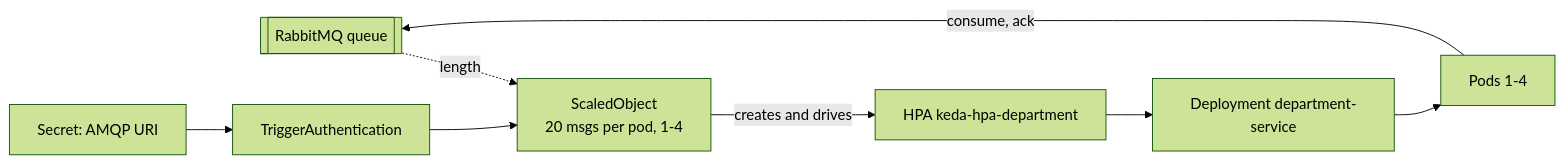
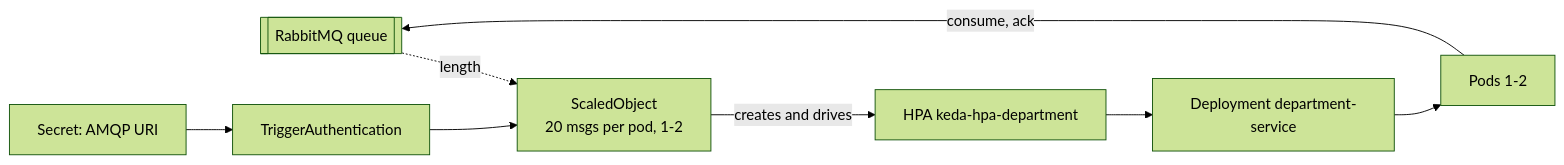
One commit to UchihaIthachi/EMS changed the seventh of 10 diagrams in docs/design.md. Above: the diagram before and after it, drawn with Mermaid (forest theme). The commit also changed other lines of this file and 3 other files, not shown here.

````diff
--- a/docs/design.md
+++ b/docs/design.md
@@ -242,10 +242,10 @@
 ```mermaid
 flowchart LR
-  q[[RabbitMQ queue]] -. length .-> so[ScaledObject<br/>20 msgs per pod, 1-4]
+  q[[RabbitMQ queue]] -. length .-> so[ScaledObject<br/>20 msgs per pod, 1-2]
   ta[TriggerAuthentication] --> so
   s[Secret: AMQP URI] --> ta
   so -->|creates and drives| hpa[HPA keda-hpa-department]
   hpa --> d[Deployment department-service]
-  d --> pods[Pods 1-4]
+  d --> pods[Pods 1-2]
   pods -->|consume, ack| q
 ```
````
